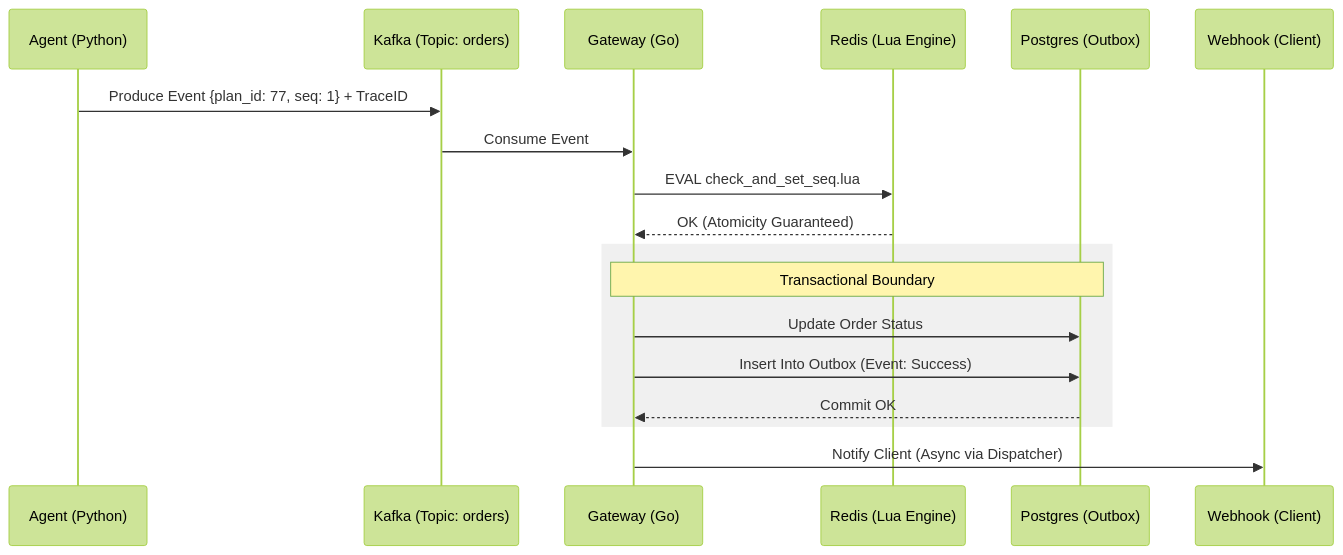
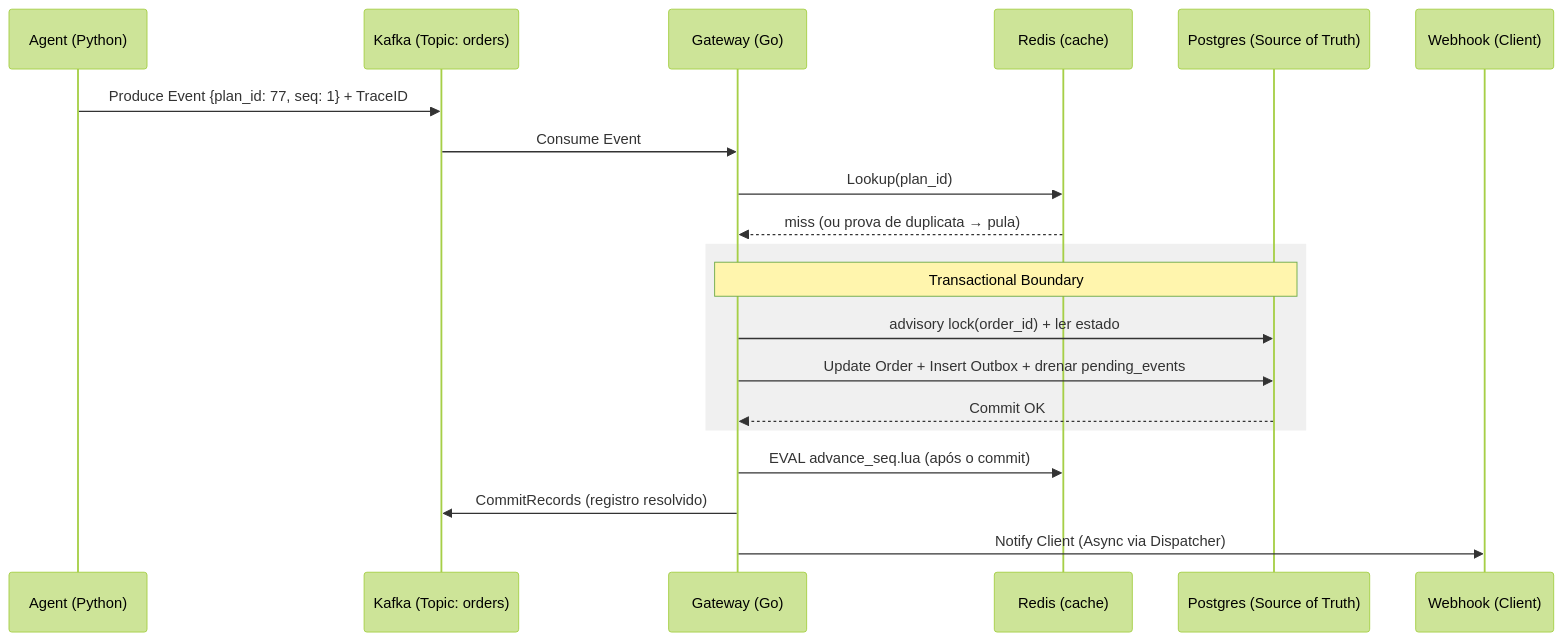
One commit to deboracastrodev/distribuid-system-simulator changed the diagram in docs/blueprint-arquitetura.md. Above: the diagram before and after it, drawn with Mermaid (forest theme). The commit also changed other lines of this file and 8 other files, not shown here.

````diff
--- a/docs/blueprint-arquitetura.md
+++ b/docs/blueprint-arquitetura.md
@@ -59,23 +55,25 @@
 ```mermaid
 sequenceDiagram
     participant A as Agent (Python)
     participant K as Kafka (Topic: orders)
     participant G as Gateway (Go)
-    participant R as Redis (Lua Engine)
-    participant DB as Postgres (Outbox)
+    participant R as Redis (cache)
+    participant DB as Postgres (Source of Truth)
     participant W as Webhook (Client)
 
     A->>K: Produce Event {plan_id: 77, seq: 1} + TraceID
     K->>G: Consume Event
-    G->>R: EVAL check_and_set_seq.lua
-    R-->>G: OK (Atomicity Guaranteed)
-    
+    G->>R: Lookup(plan_id)
+    R-->>G: miss (ou prova de duplicata → pula)
+
     rect rgb(240, 240, 240)
         Note over G,DB: Transactional Boundary
-        G->>DB: Update Order Status
-        G->>DB: Insert Into Outbox (Event: Success)
+        G->>DB: advisory lock(order_id) + ler estado
+        G->>DB: Update Order + Insert Outbox + drenar pending_events
         DB-->>G: Commit OK
     end
-    
+
+    G->>R: EVAL advance_seq.lua (após o commit)
+    G->>K: CommitRecords (registro resolvido)
     G->>W: Notify Client (Async via Dispatcher)
 ```
````
